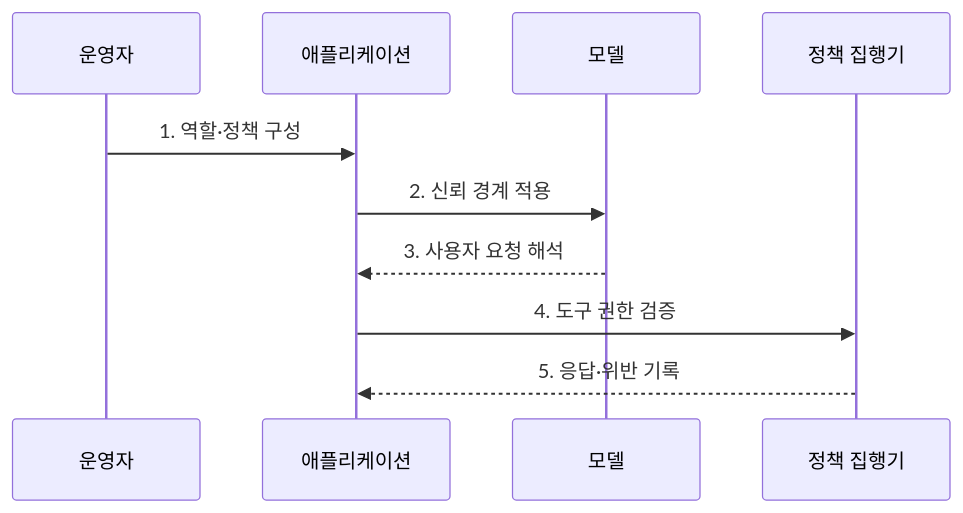
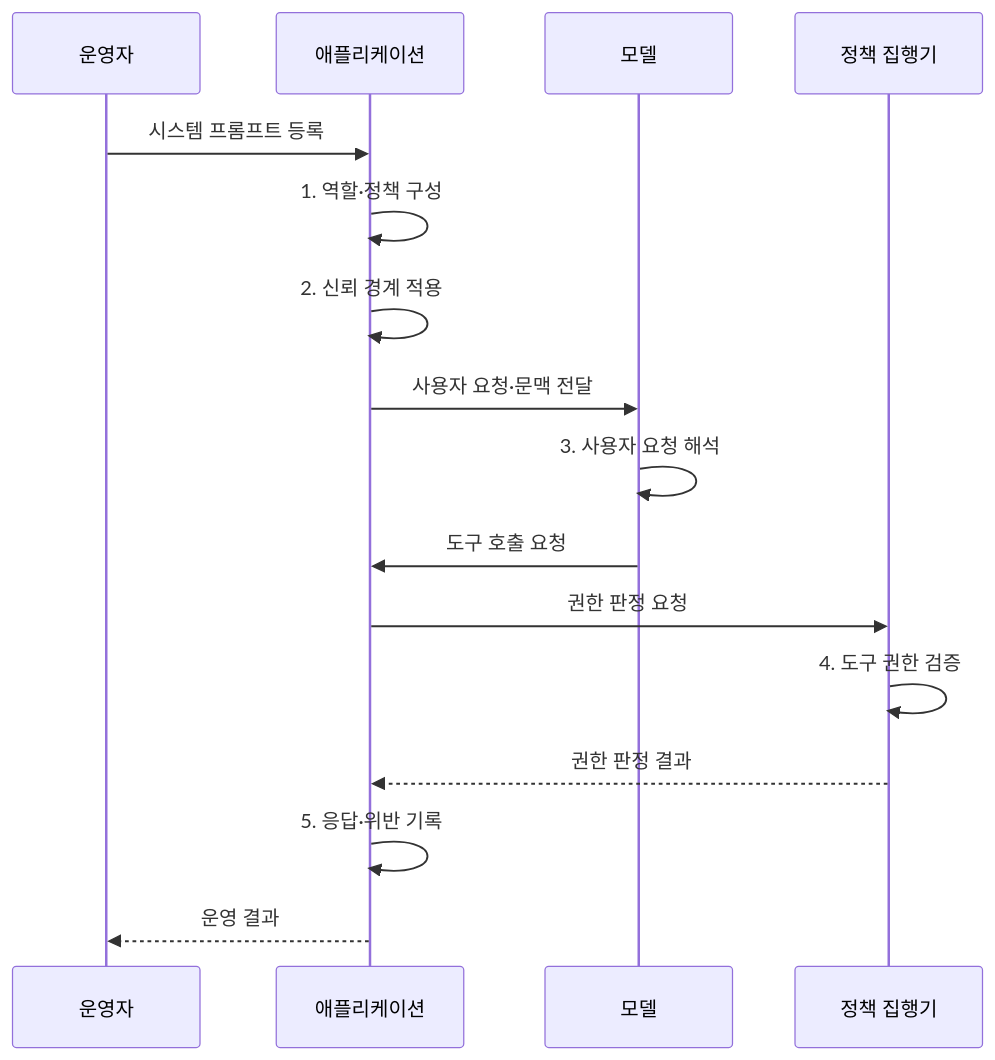
Before and after one commit to agnusdei1207/knowledge-base: the second of 2 diagrams in src/content/docs/notes/08-latest-tech/037_system_prompt.md, drawn with Mermaid. The commit also changed other lines of this file and 225 other files, not shown here.

````diff
--- a/src/content/docs/notes/08-latest-tech/037_system_prompt.md
+++ b/src/content/docs/notes/08-latest-tech/037_system_prompt.md
@@ -81,12 +81,18 @@
 ```mermaid
 sequenceDiagram
   participant O as 운영자
   participant A as 애플리케이션
   participant M as 모델
   participant P as 정책 집행기
-  O->>A: 1. 역할·정책 구성
-  A->>M: 2. 신뢰 경계 적용
-  M-->>A: 3. 사용자 요청 해석
-  A->>P: 4. 도구 권한 검증
-  P-->>A: 5. 응답·위반 기록
+  O->>A: 시스템 프롬프트 등록
+  A->>A: 1. 역할·정책 구성
+  A->>A: 2. 신뢰 경계 적용
+  A->>M: 사용자 요청·문맥 전달
+  M->>M: 3. 사용자 요청 해석
+  M->>A: 도구 호출 요청
+  A->>P: 권한 판정 요청
+  P->>P: 4. 도구 권한 검증
+  P-->>A: 권한 판정 결과
+  A->>A: 5. 응답·위반 기록
+  A-->>O: 운영 결과
 ```
````
